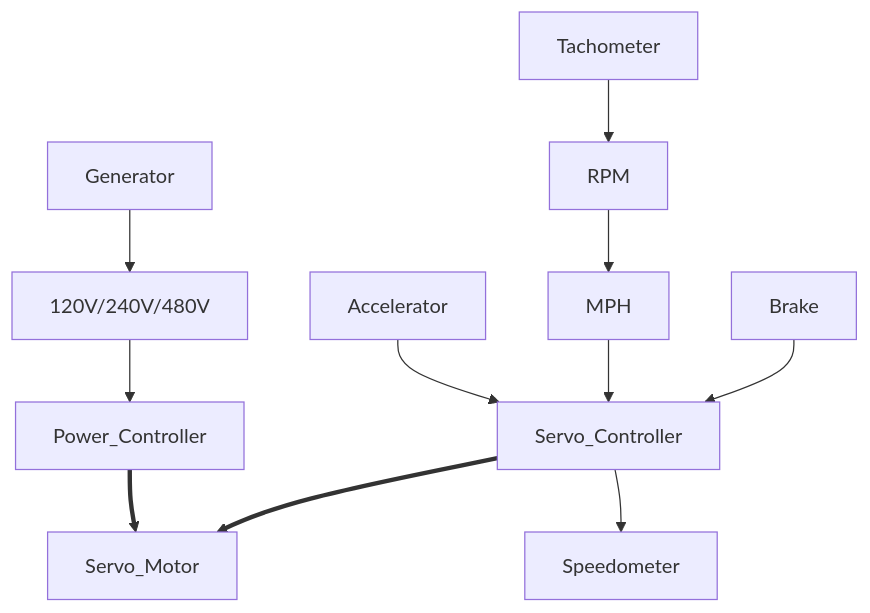
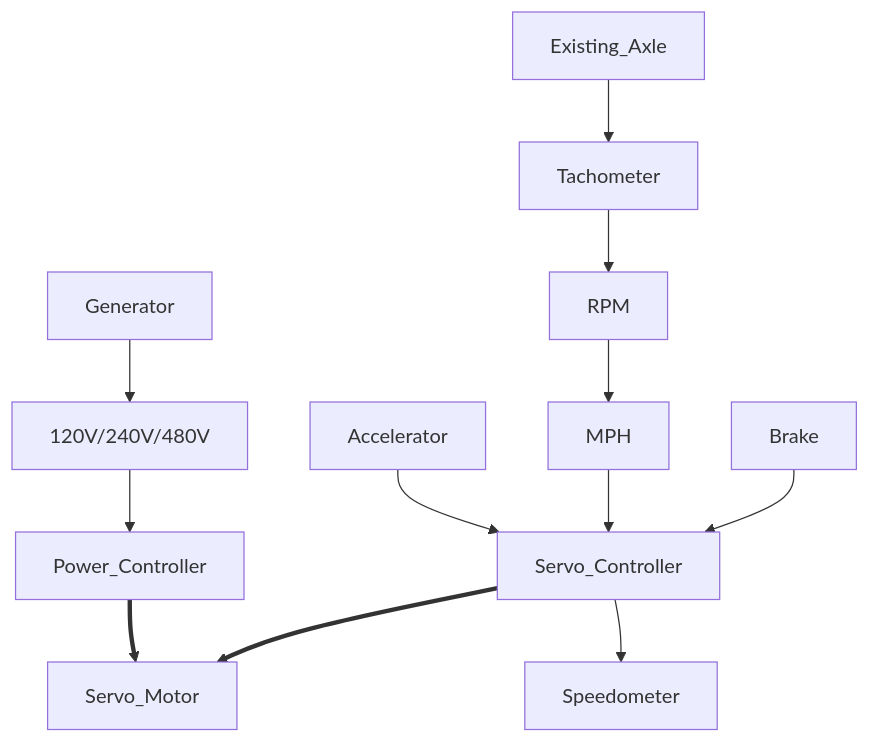
The diagram in README.md (gleatd01/Linear-Hybrid-Conversion), drawn with Mermaid before and after one commit.

````diff
--- a/README.md
+++ b/README.md
@@ -20,8 +20,8 @@
 ```mermaid
 graph TD;
     Generator-->120V/240V/480V-->Power_Controller==>Servo_Motor;
     Accelerator-->Servo_Controller==>Servo_Motor;
-    Tachometer-->RPM-->MPH-->Servo_Controller;
+    Existing_Axle-->Tachometer-->RPM-->MPH-->Servo_Controller;
     Brake-->Servo_Controller;
     Servo_Controller-->Speedometer;
 ```
````
